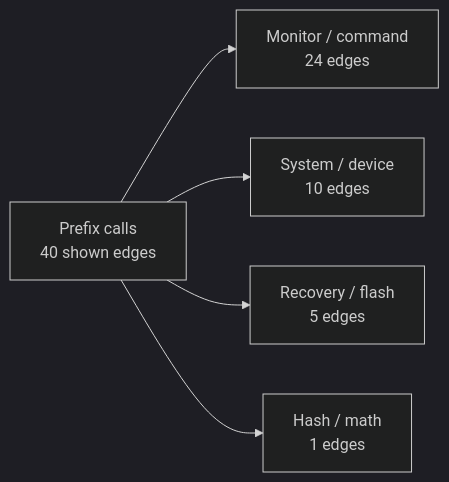
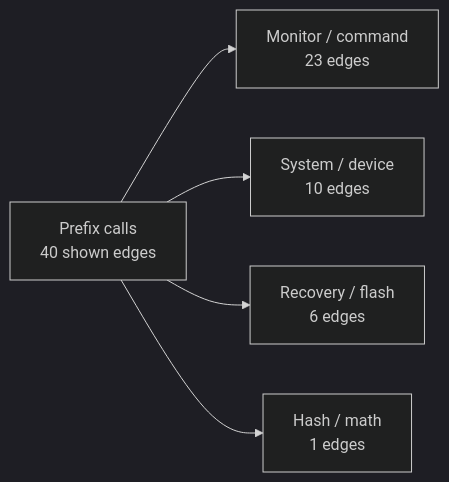
One commit to 95westus/R-YORS changed the first of 6 diagrams in DOC/GENERATED/ROUTINE_CLASS_DIAGRAM.md. Above: the diagram before and after it, drawn with Mermaid (dark theme). The commit also changed other lines of this file and 14 other files, not shown here.

````diff
--- a/DOC/GENERATED/ROUTINE_CLASS_DIAGRAM.md
+++ b/DOC/GENERATED/ROUTINE_CLASS_DIAGRAM.md
@@ -14,7 +14,7 @@
 ```mermaid
 flowchart LR
-    MAP_ROOT_PREFIX_CALLS["Prefix calls<br/>40 shown edges"] --> MAP_FAMILY_MONITOR___COMMAND["Monitor / command<br/>24 edges"]
+    MAP_ROOT_PREFIX_CALLS["Prefix calls<br/>40 shown edges"] --> MAP_FAMILY_MONITOR___COMMAND["Monitor / command<br/>23 edges"]
     MAP_ROOT_PREFIX_CALLS["Prefix calls<br/>40 shown edges"] --> MAP_FAMILY_SYSTEM___DEVICE["System / device<br/>10 edges"]
-    MAP_ROOT_PREFIX_CALLS["Prefix calls<br/>40 shown edges"] --> MAP_FAMILY_RECOVERY___FLASH["Recovery / flash<br/>5 edges"]
+    MAP_ROOT_PREFIX_CALLS["Prefix calls<br/>40 shown edges"] --> MAP_FAMILY_RECOVERY___FLASH["Recovery / flash<br/>6 edges"]
     MAP_ROOT_PREFIX_CALLS["Prefix calls<br/>40 shown edges"] --> MAP_FAMILY_HASH___MATH["Hash / math<br/>1 edges"]
 ```
````
